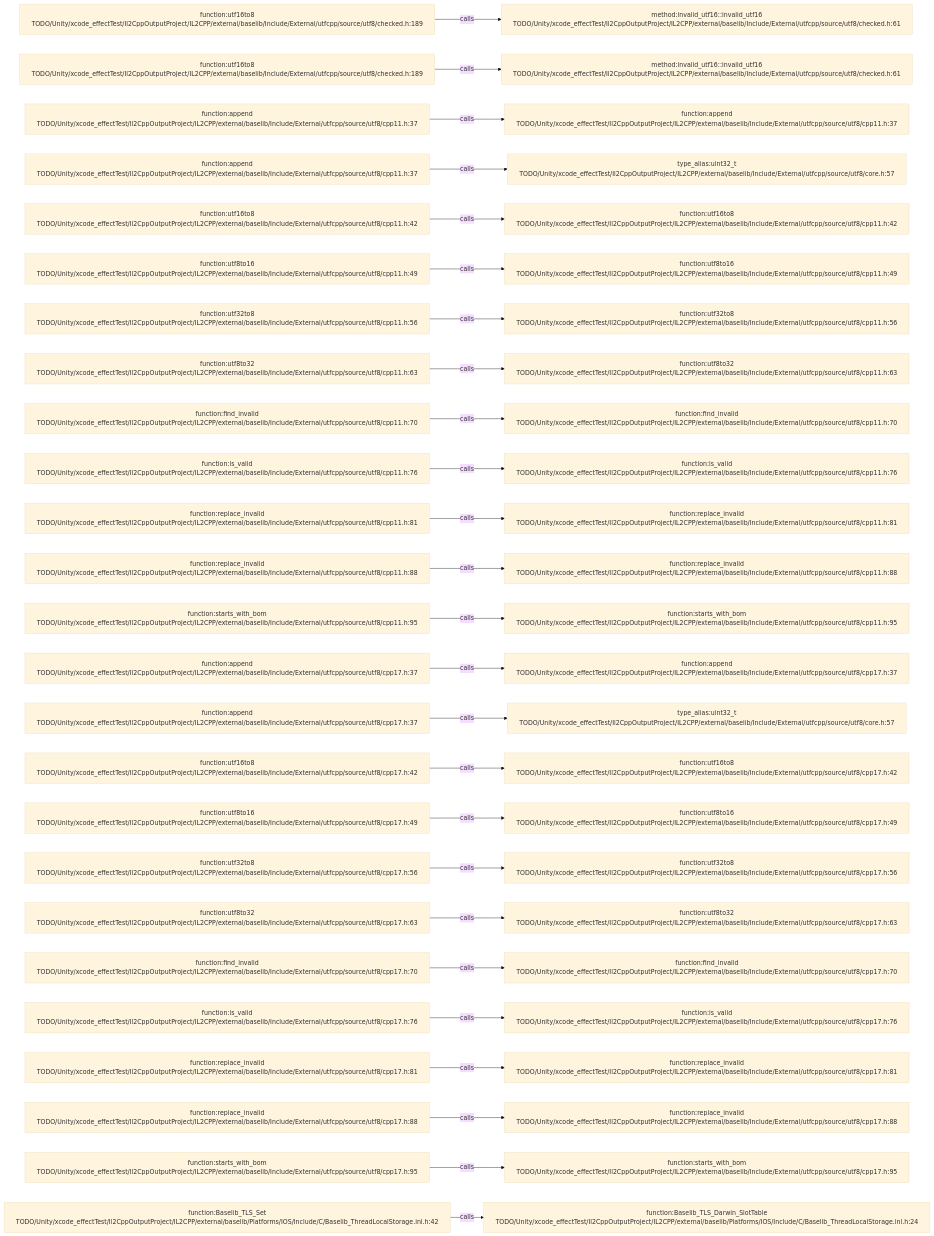
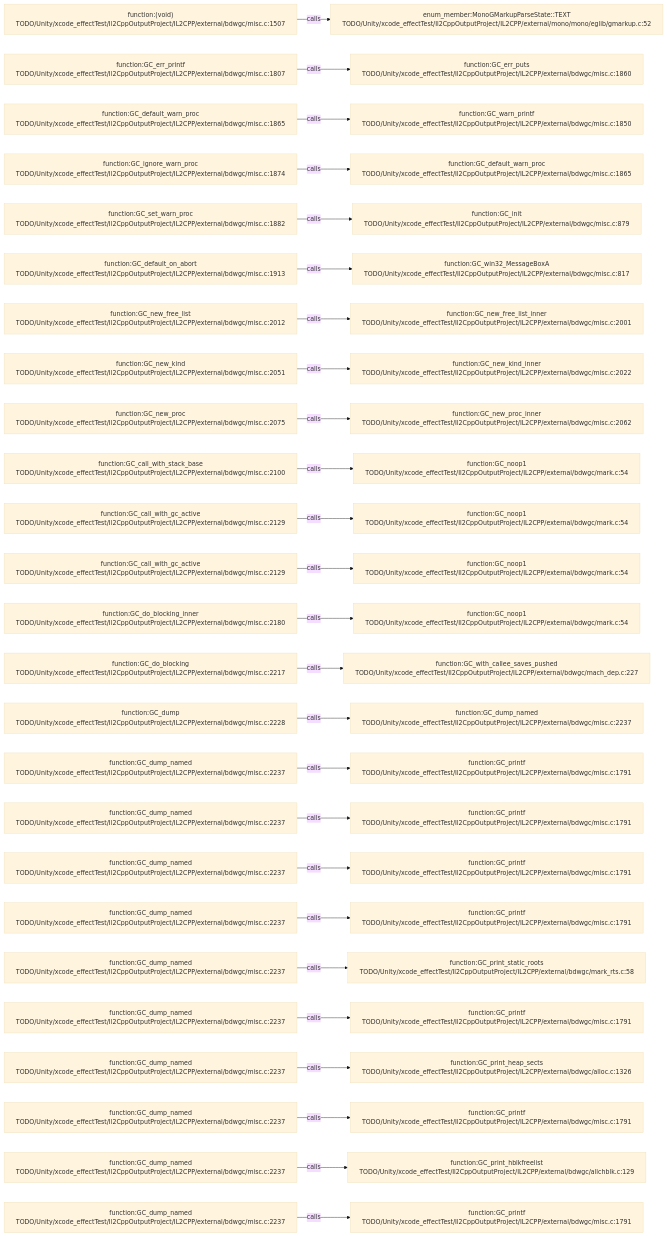
Before and after one commit to JobsKits/JobsSwiftBaseConfigDemo: the diagram in .codegraph/codegraph.md/graphs/calls-140.md, drawn with Mermaid (base theme). The commit also changed 227 other files, not shown here.

````diff
--- a/.codegraph/codegraph.md/graphs/calls-140.md
+++ b/.codegraph/codegraph.md/graphs/calls-140.md
@@ -13,78 +13,78 @@
 ```mermaid
 flowchart LR
-  S1["function:utf16to8<br/>TODO/Unity/xcode_effectTest/Il2CppOutputProject/IL2CPP/external/baselib/Include/External/utfcpp/source/utf8/checked.h:189"]
-  T1["method:invalid_utf16::invalid_utf16<br/>TODO/Unity/xcode_effectTest/Il2CppOutputProject/IL2CPP/external/baselib/Include/External/utfcpp/source/utf8/checked.h:61"]
+  S1["function:(void)<br/>TODO/Unity/xcode_effectTest/Il2CppOutputProject/IL2CPP/external/bdwgc/misc.c:1507"]
+  T1["enum_member:MonoGMarkupParseState::TEXT<br/>TODO/Unity/xcode_effectTest/Il2CppOutputProject/IL2CPP/external/mono/mono/eglib/gmarkup.c:52"]
   S1 -->|calls| T1
-  S2["function:utf16to8<br/>TODO/Unity/xcode_effectTest/Il2CppOutputProject/IL2CPP/external/baselib/Include/External/utfcpp/source/utf8/checked.h:189"]
-  T2["method:invalid_utf16::invalid_utf16<br/>TODO/Unity/xcode_effectTest/Il2CppOutputProject/IL2CPP/external/baselib/Include/External/utfcpp/source/utf8/checked.h:61"]
+  S2["function:GC_err_printf<br/>TODO/Unity/xcode_effectTest/Il2CppOutputProject/IL2CPP/external/bdwgc/misc.c:1807"]
+  T2["function:GC_err_puts<br/>TODO/Unity/xcode_effectTest/Il2CppOutputProject/IL2CPP/external/bdwgc/misc.c:1860"]
   S2 -->|calls| T2
-  S3["function:append<br/>TODO/Unity/xcode_effectTest/Il2CppOutputProject/IL2CPP/external/baselib/Include/External/utfcpp/source/utf8/cpp11.h:37"]
-  T3["function:append<br/>TODO/Unity/xcode_effectTest/Il2CppOutputProject/IL2CPP/external/baselib/Include/External/utfcpp/source/utf8/cpp11.h:37"]
+  S3["function:GC_default_warn_proc<br/>TODO/Unity/xcode_effectTest/Il2CppOutputProject/IL2CPP/external/bdwgc/misc.c:1865"]
+  T3["function:GC_warn_printf<br/>TODO/Unity/xcode_effectTest/Il2CppOutputProject/IL2CPP/external/bdwgc/misc.c:1850"]
   S3 -->|calls| T3
-  S4["function:append<br/>TODO/Unity/xcode_effectTest/Il2CppOutputProject/IL2CPP/external/baselib/Include/External/utfcpp/source/utf8/cpp11.h:37"]
-  T4["type_alias:uint32_t<br/>TODO/Unity/xcode_effectTest/Il2CppOutputProject/IL2CPP/external/baselib/Include/External/utfcpp/source/utf8/core.h:57"]
+  S4["function:GC_ignore_warn_proc<br/>TODO/Unity/xcode_effectTest/Il2CppOutputProject/IL2CPP/external/bdwgc/misc.c:1874"]
+  T4["function:GC_default_warn_proc<br/>TODO/Unity/xcode_effectTest/Il2CppOutputProject/IL2CPP/external/bdwgc/misc.c:1865"]
   S4 -->|calls| T4
-  S5["function:utf16to8<br/>TODO/Unity/xcode_effectTest/Il2CppOutputProject/IL2CPP/external/baselib/Include/External/utfcpp/source/utf8/cpp11.h:42"]
-  T5["function:utf16to8<br/>TODO/Unity/xcode_effectTest/Il2CppOutputProject/IL2CPP/external/baselib/Include/External/utfcpp/source/utf8/cpp11.h:42"]
+  S5["function:GC_set_warn_proc<br/>TODO/Unity/xcode_effectTest/Il2CppOutputProject/IL2CPP/external/bdwgc/misc.c:1882"]
+  T5["function:GC_init<br/>TODO/Unity/xcode_effectTest/Il2CppOutputProject/IL2CPP/external/bdwgc/misc.c:879"]
   S5 -->|calls| T5
-  S6["function:utf8to16<br/>TODO/Unity/xcode_effectTest/Il2CppOutputProject/IL2CPP/external/baselib/Include/External/utfcpp/source/utf8/cpp11.h:49"]
-  T6["function:utf8to16<br/>TODO/Unity/xcode_effectTest/Il2CppOutputProject/IL2CPP/external/baselib/Include/External/utfcpp/source/utf8/cpp11.h:49"]
+  S6["function:GC_default_on_abort<br/>TODO/Unity/xcode_effectTest/Il2CppOutputProject/IL2CPP/external/bdwgc/misc.c:1913"]
+  T6["function:GC_win32_MessageBoxA<br/>TODO/Unity/xcode_effectTest/Il2CppOutputProject/IL2CPP/external/bdwgc/misc.c:817"]
   S6 -->|calls| T6
-  S7["function:utf32to8<br/>TODO/Unity/xcode_effectTest/Il2CppOutputProject/IL2CPP/external/baselib/Include/External/utfcpp/source/utf8/cpp11.h:56"]
-  T7["function:utf32to8<br/>TODO/Unity/xcode_effectTest/Il2CppOutputProject/IL2CPP/external/baselib/Include/External/utfcpp/source/utf8/cpp11.h:56"]
+  S7["function:GC_new_free_list<br/>TODO/Unity/xcode_effectTest/Il2CppOutputProject/IL2CPP/external/bdwgc/misc.c:2012"]
+  T7["function:GC_new_free_list_inner<br/>TODO/Unity/xcode_effectTest/Il2CppOutputProject/IL2CPP/external/bdwgc/misc.c:2001"]
   S7 -->|calls| T7
-  S8["function:utf8to32<br/>TODO/Unity/xcode_effectTest/Il2CppOutputProject/IL2CPP/external/baselib/Include/External/utfcpp/source/utf8/cpp11.h:63"]
-  T8["function:utf8to32<br/>TODO/Unity/xcode_effectTest/Il2CppOutputProject/IL2CPP/external/baselib/Include/External/utfcpp/source/utf8/cpp11.h:63"]
+  S8["function:GC_new_kind<br/>TODO/Unity/xcode_effectTest/Il2CppOutputProject/IL2CPP/external/bdwgc/misc.c:2051"]
+  T8["function:GC_new_kind_inner<br/>TODO/Unity/xcode_effectTest/Il2CppOutputProject/IL2CPP/external/bdwgc/misc.c:2022"]
   S8 -->|calls| T8
-  S9["function:find_invalid<br/>TODO/Unity/xcode_effectTest/Il2CppOutputProject/IL2CPP/external/baselib/Include/External/utfcpp/source/utf8/cpp11.h:70"]
-  T9["function:find_invalid<br/>TODO/Unity/xcode_effectTest/Il2CppOutputProject/IL2CPP/external/baselib/Include/External/utfcpp/source/utf8/cpp11.h:70"]
+  S9["function:GC_new_proc<br/>TODO/Unity/xcode_effectTest/Il2CppOutputProject/IL2CPP/external/bdwgc/misc.c:2075"]
+  T9["function:GC_new_proc_inner<br/>TODO/Unity/xcode_effectTest/Il2CppOutputProject/IL2CPP/external/bdwgc/misc.c:2062"]
   S9 -->|calls| T9
-  S10["function:is_valid<br/>TODO/Unity/xcode_effectTest/Il2CppOutputProject/IL2CPP/external/baselib/Include/External/utfcpp/source/utf8/cpp11.h:76"]
-  T10["function:is_valid<br/>TODO/Unity/xcode_effectTest/Il2CppOutputProject/IL2CPP/external/baselib/Include/External/utfcpp/source/utf8/cpp11.h:76"]
+  S10["function:GC_call_with_stack_base<br/>TODO/Unity/xcode_effectTest/Il2CppOutputProject/IL2CPP/external/bdwgc/misc.c:2100"]
+  T10["function:GC_noop1<br/>TODO/Unity/xcode_effectTest/Il2CppOutputProject/IL2CPP/external/bdwgc/mark.c:54"]
   S10 -->|calls| T10
-  S11["function:replace_invalid<br/>TODO/Unity/xcode_effectTest/Il2CppOutputProject/IL2CPP/external/baselib/Include/External/utfcpp/source/utf8/cpp11.h:81"]
-  T11["function:replace_invalid<br/>TODO/Unity/xcode_effectTest/Il2CppOutputProject/IL2CPP/external/baselib/Include/External/utfcpp/source/utf8/cpp11.h:81"]
+  S11["function:GC_call_with_gc_active<br/>TODO/Unity/xcode_effectTest/Il2CppOutputProject/IL2CPP/external/bdwgc/misc.c:2129"]
+  T11["function:GC_noop1<br/>TODO/Unity/xcode_effectTest/Il2CppOutputProject/IL2CPP/external/bdwgc/mark.c:54"]
   S11 -->|calls| T11
-  S12["function:replace_invalid<br/>TODO/Unity/xcode_effectTest/Il2CppOutputProject/IL2CPP/external/baselib/Include/External/utfcpp/source/utf8/cpp11.h:88"]
-  T12["function:replace_invalid<br/>TODO/Unity/xcode_effectTest/Il2CppOutputProject/IL2CPP/external/baselib/Include/External/utfcpp/source/utf8/cpp11.h:88"]
+  S12["function:GC_call_with_gc_active<br/>TODO/Unity/xcode_effectTest/Il2CppOutputProject/IL2CPP/external/bdwgc/misc.c:2129"]
+  T12["function:GC_noop1<br/>TODO/Unity/xcode_effectTest/Il2CppOutputProject/IL2CPP/external/bdwgc/mark.c:54"]
   S12 -->|calls| T12
-  S13["function:starts_with_bom<br/>TODO/Unity/xcode_effectTest/Il2CppOutputProject/IL2CPP/external/baselib/Include/External/utfcpp/source/utf8/cpp11.h:95"]
-  T13["function:starts_with_bom<br/>TODO/Unity/xcode_effectTest/Il2CppOutputProject/IL2CPP/external/baselib/Include/External/utfcpp/source/utf8/cpp11.h:95"]
+  S13["function:GC_do_blocking_inner<br/>TODO/Unity/xcode_effectTest/Il2CppOutputProject/IL2CPP/external/bdwgc/misc.c:2180"]
+  T13["function:GC_noop1<br/>TODO/Unity/xcode_effectTest/Il2CppOutputProject/IL2CPP/external/bdwgc/mark.c:54"]
   S13 -->|calls| T13
-  S14["function:append<br/>TODO/Unity/xcode_effectTest/Il2CppOutputProject/IL2CPP/external/baselib/Include/External/utfcpp/source/utf8/cpp17.h:37"]
-  T14["function:append<br/>TODO/Unity/xcode_effectTest/Il2CppOutputProject/IL2CPP/external/baselib/Include/External/utfcpp/source/utf8/cpp17.h:37"]
+  S14["function:GC_do_blocking<br/>TODO/Unity/xcode_effectTest/Il2CppOutputProject/IL2CPP/external/bdwgc/misc.c:2217"]
+  T14["function:GC_with_callee_saves_pushed<br/>TODO/Unity/xcode_effectTest/Il2CppOutputProject/IL2CPP/external/bdwgc/mach_dep.c:227"]
   S14 -->|calls| T14
-  S15["function:append<br/>TODO/Unity/xcode_effectTest/Il2CppOutputProject/IL2CPP/external/baselib/Include/External/utfcpp/source/utf8/cpp17.h:37"]
-  T15["type_alias:uint32_t<br/>TODO/Unity/xcode_effectTest/Il2CppOutputProject/IL2CPP/external/baselib/Include/External/utfcpp/source/utf8/core.h:57"]
+  S15["function:GC_dump<br/>TODO/Unity/xcode_effectTest/Il2CppOutputProject/IL2CPP/external/bdwgc/misc.c:2228"]
+  T15["function:GC_dump_named<br/>TODO/Unity/xcode_effectTest/Il2CppOutputProject/IL2CPP/external/bdwgc/misc.c:2237"]
   S15 -->|calls| T15
-  S16["function:utf16to8<br/>TODO/Unity/xcode_effectTest/Il2CppOutputProject/IL2CPP/external/baselib/Include/External/utfcpp/source/utf8/cpp17.h:42"]
-  T16["function:utf16to8<br/>TODO/Unity/xcode_effectTest/Il2CppOutputProject/IL2CPP/external/baselib/Include/External/utfcpp/source/utf8/cpp17.h:42"]
+  S16["function:GC_dump_named<br/>TODO/Unity/xcode_effectTest/Il2CppOutputProject/IL2CPP/external/bdwgc/misc.c:2237"]
+  T16["function:GC_printf<br/>TODO/Unity/xcode_effectTest/Il2CppOutputProject/IL2CPP/external/bdwgc/misc.c:1791"]
   S16 -->|calls| T16
-  S17["function:utf8to16<br/>TODO/Unity/xcode_effectTest/Il2CppOutputProject/IL2CPP/external/baselib/Include/External/utfcpp/source/utf8/cpp17.h:49"]
-  T17["function:utf8to16<br/>TODO/Unity/xcode_effectTest/Il2CppOutputProject/IL2CPP/external/baselib/Include/External/utfcpp/source/utf8/cpp17.h:49"]
+  S17["function:GC_dump_named<br/>TODO/Unity/xcode_effectTest/Il2CppOutputProject/IL2CPP/external/bdwgc/misc.c:2237"]
+  T17["function:GC_printf<br/>TODO/Unity/xcode_effectTest/Il2CppOutputProject/IL2CPP/external/bdwgc/misc.c:1791"]
   S17 -->|calls| T17
-  S18["function:utf32to8<br/>TODO/Unity/xcode_effectTest/Il2CppOutputProject/IL2CPP/external/baselib/Include/External/utfcpp/source/utf8/cpp17.h:56"]
-  T18["function:utf32to8<br/>TODO/Unity/xcode_effectTest/Il2CppOutputProject/IL2CPP/external/baselib/Include/External/utfcpp/source/utf8/cpp17.h:56"]
+  S18["function:GC_dump_named<br/>TODO/Unity/xcode_effectTest/Il2CppOutputProject/IL2CPP/external/bdwgc/misc.c:2237"]
+  T18["function:GC_printf<br/>TODO/Unity/xcode_effectTest/Il2CppOutputProject/IL2CPP/external/bdwgc/misc.c:1791"]
   S18 -->|calls| T18
-  S19["function:utf8to32<br/>TODO/Unity/xcode_effectTest/Il2CppOutputProject/IL2CPP/external/baselib/Include/External/utfcpp/source/utf8/cpp17.h:63"]
-  T19["function:utf8to32<br/>TODO/Unity/xcode_effectTest/Il2CppOutputProject/IL2CPP/external/baselib/Include/External/utfcpp/source/utf8/cpp17.h:63"]
+  S19["function:GC_dump_named<br/>TODO/Unity/xcode_effectTest/Il2CppOutputProject/IL2CPP/external/bdwgc/misc.c:2237"]
+  T19["function:GC_printf<br/>TODO/Unity/xcode_effectTest/Il2CppOutputProject/IL2CPP/external/bdwgc/misc.c:1791"]
   S19 -->|calls| T19
-  S20["function:find_invalid<br/>TODO/Unity/xcode_effectTest/Il2CppOutputProject/IL2CPP/external/baselib/Include/External/utfcpp/source/utf8/cpp17.h:70"]
-  T20["function:find_invalid<br/>TODO/Unity/xcode_effectTest/Il2CppOutputProject/IL2CPP/external/baselib/Include/External/utfcpp/source/utf8/cpp17.h:70"]
+  S20["function:GC_dump_named<br/>TODO/Unity/xcode_effectTest/Il2CppOutputProject/IL2CPP/external/bdwgc/misc.c:2237"]
+  T20["function:GC_print_static_roots<br/>TODO/Unity/xcode_effectTest/Il2CppOutputProject/IL2CPP/external/bdwgc/mark_rts.c:58"]
   S20 -->|calls| T20
-  S21["function:is_valid<br/>TODO/Unity/xcode_effectTest/Il2CppOutputProject/IL2CPP/external/baselib/Include/External/utfcpp/source/utf8/cpp17.h:76"]
-  T21["function:is_valid<br/>TODO/Unity/xcode_effectTest/Il2CppOutputProject/IL2CPP/external/baselib/Include/External/utfcpp/source/utf8/cpp17.h:76"]
+  S21["function:GC_dump_named<br/>TODO/Unity/xcode_effectTest/Il2CppOutputProject/IL2CPP/external/bdwgc/misc.c:2237"]
+  T21["function:GC_printf<br/>TODO/Unity/xcode_effectTest/Il2CppOutputProject/IL2CPP/external/bdwgc/misc.c:1791"]
   S21 -->|calls| T21
-  S22["function:replace_invalid<br/>TODO/Unity/xcode_effectTest/Il2CppOutputProject/IL2CPP/external/baselib/Include/External/utfcpp/source/utf8/cpp17.h:81"]
-  T22["function:replace_invalid<br/>TODO/Unity/xcode_effectTest/Il2CppOutputProject/IL2CPP/external/baselib/Include/External/utfcpp/source/utf8/cpp17.h:81"]
+  S22["function:GC_dump_named<br/>TODO/Unity/xcode_effectTest/Il2CppOutputProject/IL2CPP/external/bdwgc/misc.c:2237"]
+  T22["function:GC_print_heap_sects<br/>TODO/Unity/xcode_effectTest/Il2CppOutputProject/IL2CPP/external/bdwgc/alloc.c:1326"]
   S22 -->|calls| T22
-  S23["function:replace_invalid<br/>TODO/Unity/xcode_effectTest/Il2CppOutputProject/IL2CPP/external/baselib/Include/External/utfcpp/source/utf8/cpp17.h:88"]
-  T23["function:replace_invalid<br/>TODO/Unity/xcode_effectTest/Il2CppOutputProject/IL2CPP/external/baselib/Include/External/utfcpp/source/utf8/cpp17.h:88"]
+  S23["function:GC_dump_named<br/>TODO/Unity/xcode_effectTest/Il2CppOutputProject/IL2CPP/external/bdwgc/misc.c:2237"]
+  T23["function:GC_printf<br/>TODO/Unity/xcode_effectTest/Il2CppOutputProject/IL2CPP/external/bdwgc/misc.c:1791"]
   S23 -->|calls| T23
-  S24["function:starts_with_bom<br/>TODO/Unity/xcode_effectTest/Il2CppOutputProject/IL2CPP/external/baselib/Include/External/utfcpp/source/utf8/cpp17.h:95"]
-  T24["function:starts_with_bom<br/>TODO/Unity/xcode_effectTest/Il2CppOutputProject/IL2CPP/external/baselib/Include/External/utfcpp/source/utf8/cpp17.h:95"]
+  S24["function:GC_dump_named<br/>TODO/Unity/xcode_effectTest/Il2CppOutputProject/IL2CPP/external/bdwgc/misc.c:2237"]
+  T24["function:GC_print_hblkfreelist<br/>TODO/Unity/xcode_effectTest/Il2CppOutputProject/IL2CPP/external/bdwgc/allchblk.c:129"]
   S24 -->|calls| T24
-  S25["function:Baselib_TLS_Set<br/>TODO/Unity/xcode_effectTest/Il2CppOutputProject/IL2CPP/external/baselib/Platforms/IOS/Include/C/Baselib_ThreadLocalStorage.inl.h:42"]
-  T25["function:Baselib_TLS_Darwin_SlotTable<br/>TODO/Unity/xcode_effectTest/Il2CppOutputProject/IL2CPP/external/baselib/Platforms/IOS/Include/C/Baselib_ThreadLocalStorage.inl.h:24"]
+  S25["function:GC_dump_named<br/>TODO/Unity/xcode_effectTest/Il2CppOutputProject/IL2CPP/external/bdwgc/misc.c:2237"]
+  T25["function:GC_printf<br/>TODO/Unity/xcode_effectTest/Il2CppOutputProject/IL2CPP/external/bdwgc/misc.c:1791"]
   S25 -->|calls| T25
 ```
````
